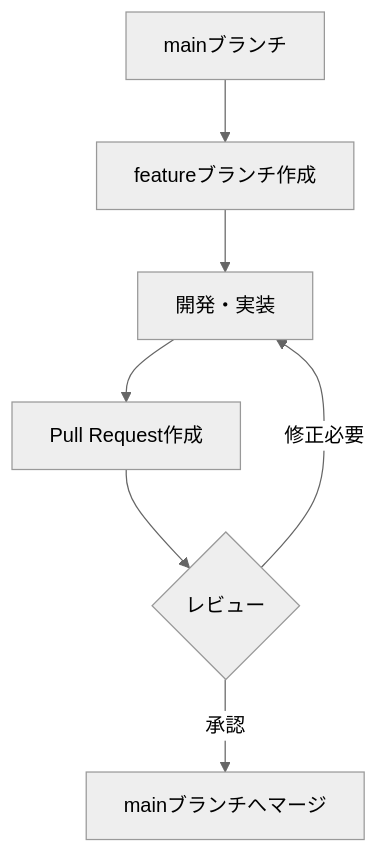
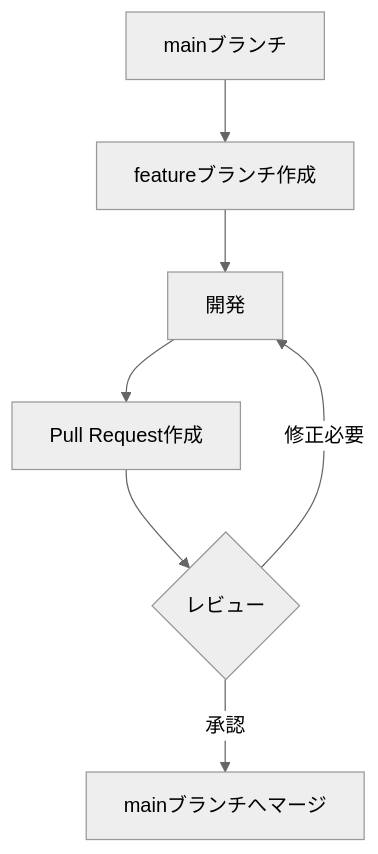
The second of 2 diagrams in rule/チーム開発の進め方.md (kabushikigaisya-kuwadatenoki/kuwadate_docs), drawn with Mermaid (neutral theme) before and after one commit. The commit also changed other lines of this file, not shown here.

````diff
--- a/rule/チーム開発の進め方.md
+++ b/rule/チーム開発の進め方.md
@@ -77,9 +77,9 @@
 ```mermaid
 graph TD
     A[mainブランチ] --> B[featureブランチ作成]
-    B --> C[開発・実装]
+    B --> C[開発]
     C --> D[Pull Request作成]
     D --> E{レビュー}
     E -->|承認| F[mainブランチへマージ]
     E -->|修正必要| C
 ```
````
